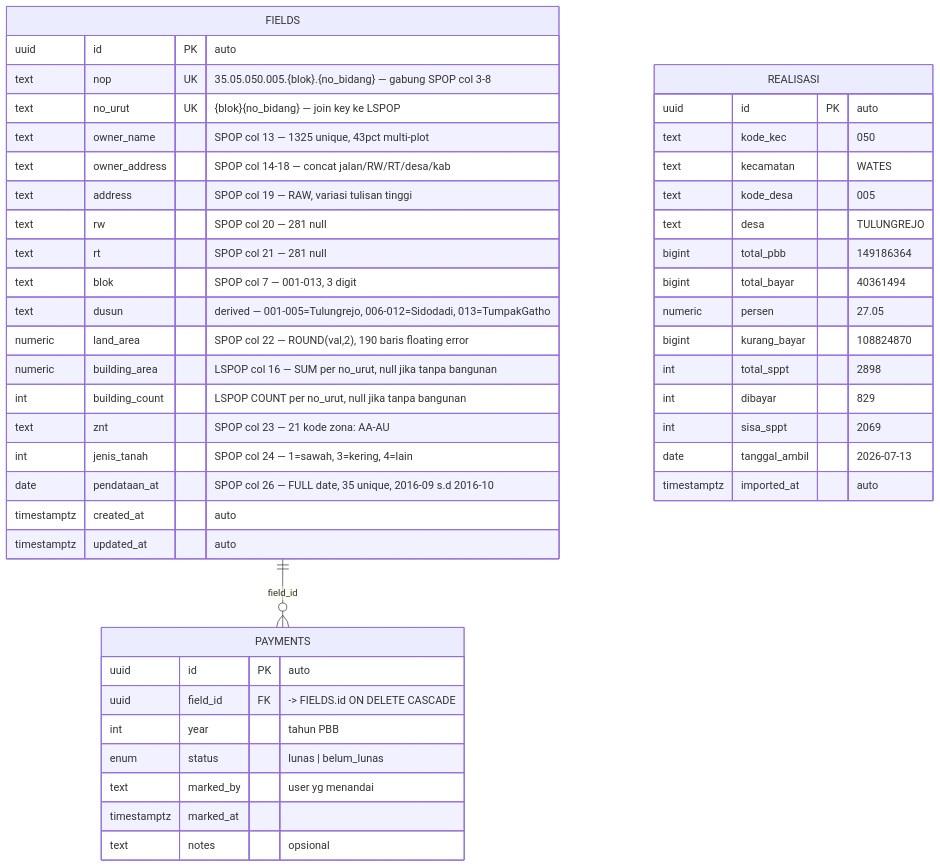
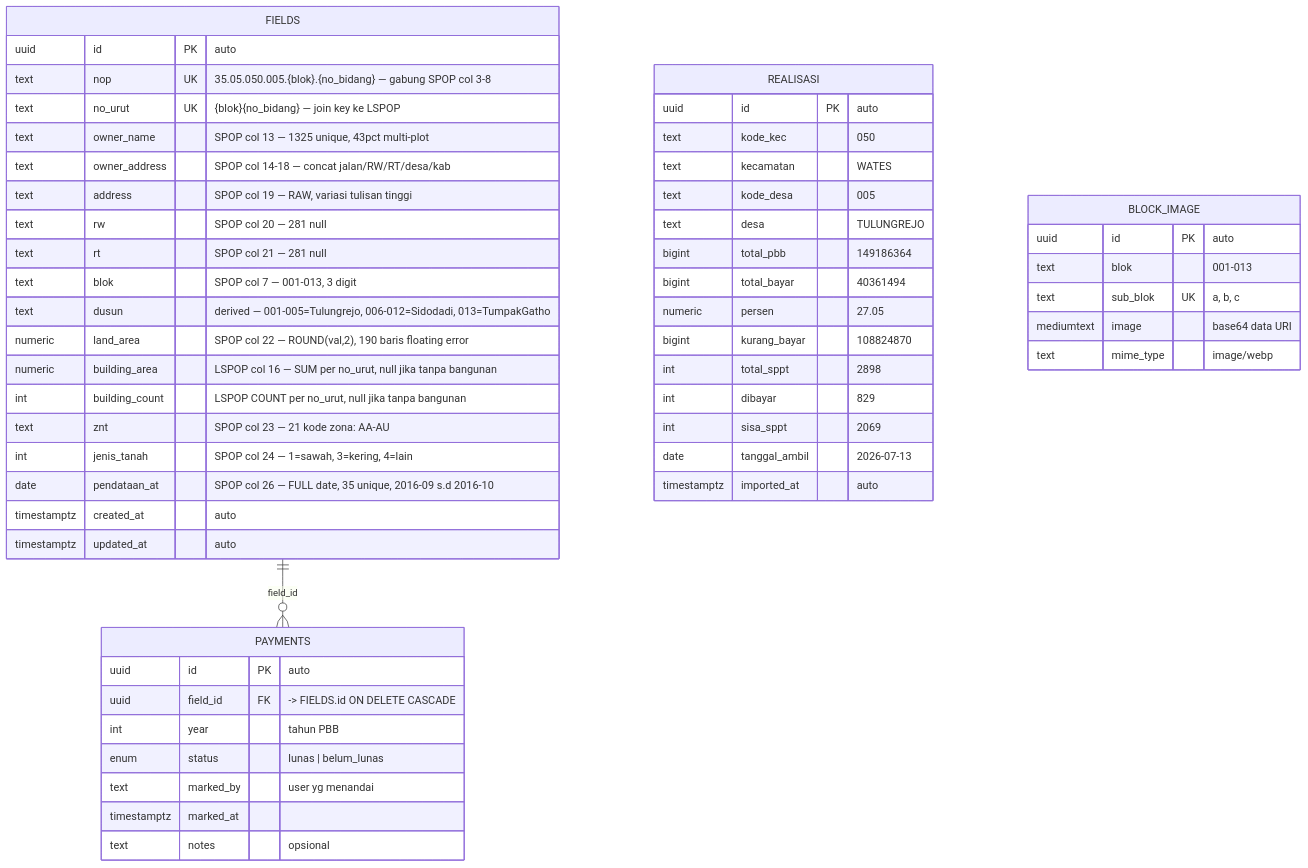
One commit to FreNzQuiN/tulungrejo-web changed the diagram in docs/er-diagram.mmd. Above: the diagram before and after it, drawn with Mermaid. The commit also changed 44 other files, not shown here.

```diff
--- a/docs/er-diagram.mmd
+++ b/docs/er-diagram.mmd
@@ -1,50 +1,58 @@
 erDiagram
     FIELDS ||--o{ PAYMENTS : "field_id"
 
     FIELDS {
         uuid id PK                          "auto"
         text nop UK                         "35.05.050.005.{blok}.{no_bidang}  —  gabung SPOP col 3-8"
         text no_urut UK                     "{blok}{no_bidang}  —  join key ke LSPOP"
         text owner_name                     "SPOP col 13  —  1325 unique, 43pct multi-plot"
         text owner_address                  "SPOP col 14-18  —  concat jalan/RW/RT/desa/kab"
         text address                        "SPOP col 19  —  RAW, variasi tulisan tinggi"
         text rw                             "SPOP col 20  —  281 null"
         text rt                             "SPOP col 21  —  281 null"
         text blok                           "SPOP col 7  —  001-013, 3 digit"
         text dusun                          "derived  —  001-005=Tulungrejo, 006-012=Sidodadi, 013=TumpakGatho"
         numeric land_area                   "SPOP col 22  —  ROUND(val,2), 190 baris floating error"
         numeric building_area               "LSPOP col 16  —  SUM per no_urut, null jika tanpa bangunan"
         int building_count                  "LSPOP COUNT per no_urut, null jika tanpa bangunan"
         text znt                            "SPOP col 23  —  21 kode zona: AA-AU"
         int jenis_tanah                     "SPOP col 24  —  1=sawah, 3=kering, 4=lain"
         date pendataan_at                   "SPOP col 26  —  FULL date, 35 unique, 2016-09 s.d 2016-10"
         timestamptz created_at              "auto"
         timestamptz updated_at              "auto"
     }
 
     PAYMENTS {
         uuid id PK                          "auto"
         uuid field_id FK                    "-> FIELDS.id  ON DELETE CASCADE"
         int year                            "tahun PBB"
         enum status                         "lunas | belum_lunas"
         text marked_by                      "user yg menandai"
         timestamptz marked_at               ""
         text notes                          "opsional"
     }
 
     REALISASI {
         uuid id PK                          "auto"
         text kode_kec                       "050"
         text kecamatan                      "WATES"
         text kode_desa                      "005"
         text desa                           "TULUNGREJO"
         bigint total_pbb                    "149186364"
         bigint total_bayar                  "40361494"
         numeric persen                      "27.05"
         bigint kurang_bayar                 "108824870"
         int total_sppt                      "2898"
         int dibayar                         "829"
         int sisa_sppt                       "2069"
         date tanggal_ambil                  "2026-07-13"
         timestamptz imported_at             "auto"
     }
+
+    BLOCK_IMAGE {
+        uuid id PK                          "auto"
+        text blok                           "001-013"
+        text sub_blok UK                    "a, b, c"
+        mediumtext image                    "base64 data URI"
+        text mime_type                      "image/webp"
+    }
```
